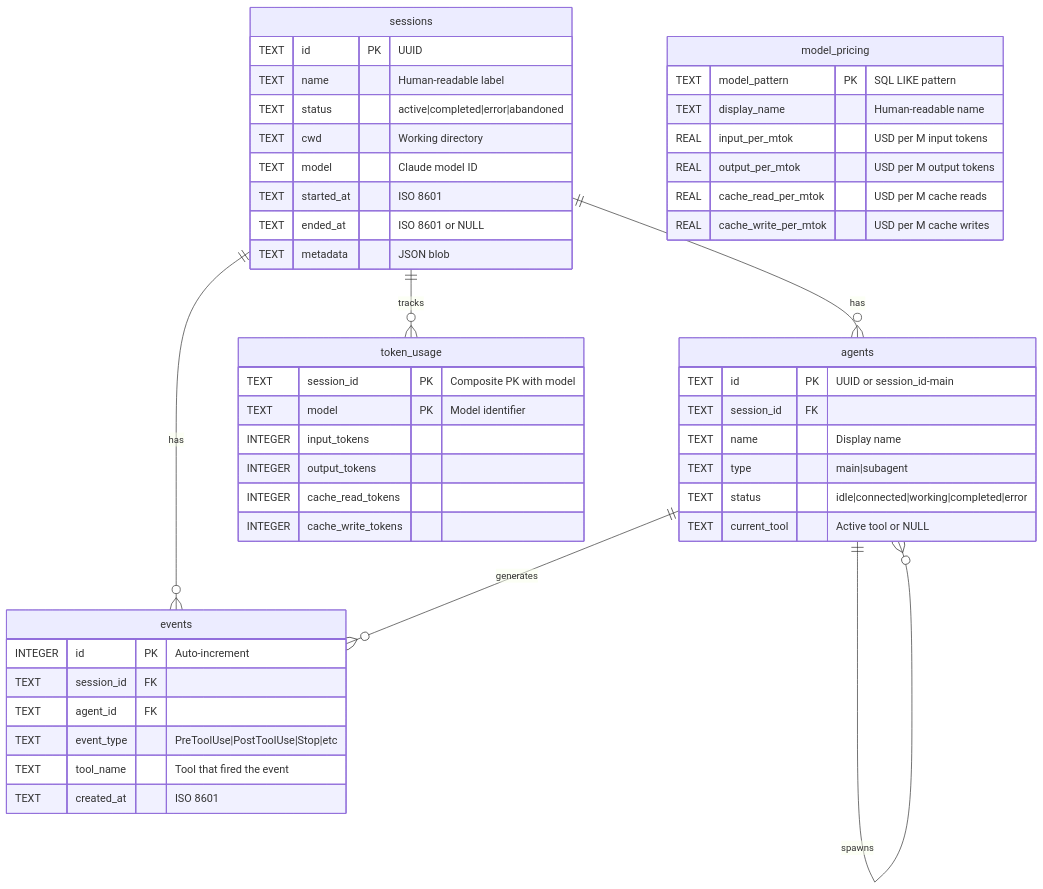
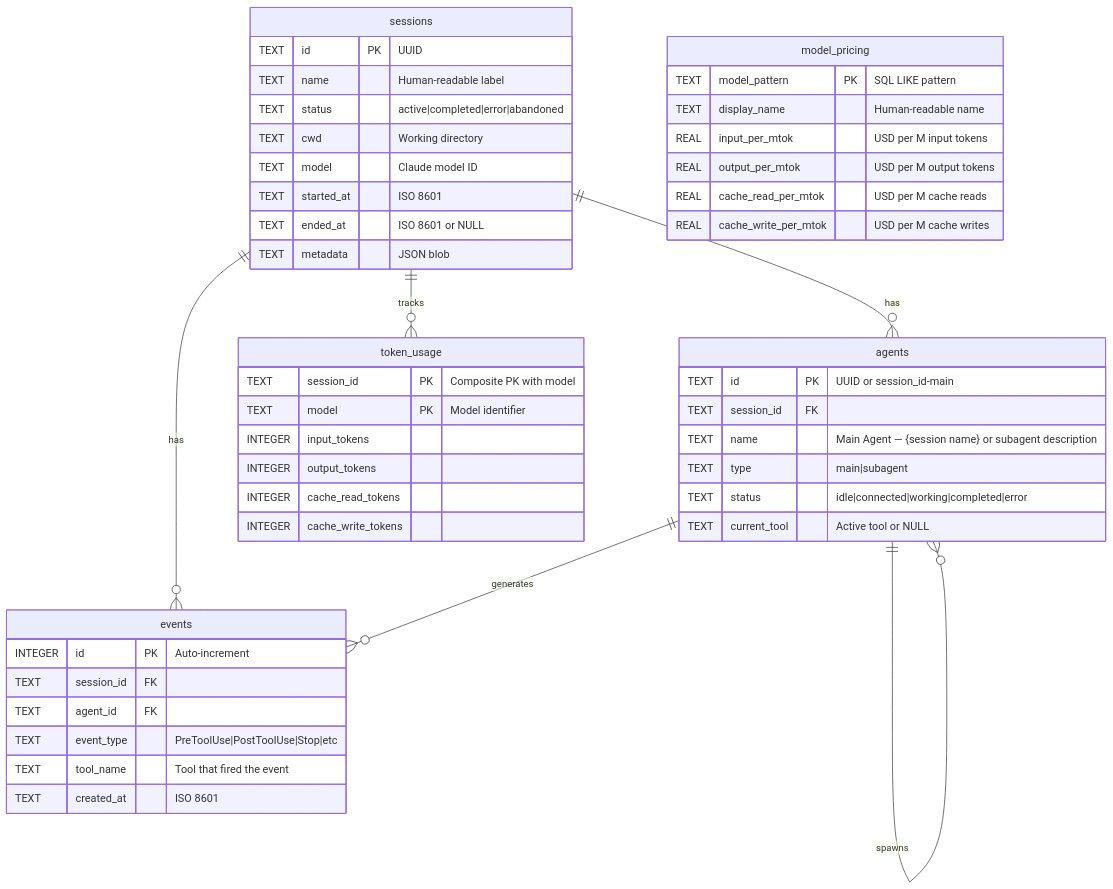
Before and after one commit to mirkanu/gsd-dashboard: the seventh of 11 diagrams in README.md, drawn with Mermaid. The commit also changed other lines of this file and 20 other files, not shown here.

First line of the commit message:
feat: update session handling and agent status on Stop events

````diff
--- a/README.md
+++ b/README.md
@@ -448,55 +458,55 @@
 ```mermaid
 erDiagram
     sessions ||--o{ agents : has
     sessions ||--o{ events : has
     sessions ||--o{ token_usage : tracks
     agents ||--o{ events : generates
     agents ||--o{ agents : spawns
 
     sessions {
         TEXT id PK "UUID"
         TEXT name "Human-readable label"
         TEXT status "active|completed|error|abandoned"
         TEXT cwd "Working directory"
         TEXT model "Claude model ID"
         TEXT started_at "ISO 8601"
         TEXT ended_at "ISO 8601 or NULL"
         TEXT metadata "JSON blob"
     }
 
     agents {
         TEXT id PK "UUID or session_id-main"
         TEXT session_id FK
-        TEXT name "Display name"
+        TEXT name "Main Agent — {session name} or subagent description"
         TEXT type "main|subagent"
         TEXT status "idle|connected|working|completed|error"
         TEXT current_tool "Active tool or NULL"
     }
 
     events {
         INTEGER id PK "Auto-increment"
         TEXT session_id FK
         TEXT agent_id FK
         TEXT event_type "PreToolUse|PostToolUse|Stop|etc"
         TEXT tool_name "Tool that fired the event"
         TEXT created_at "ISO 8601"
     }
 
     token_usage {
         TEXT session_id PK "Composite PK with model"
         TEXT model PK "Model identifier"
         INTEGER input_tokens
         INTEGER output_tokens
         INTEGER cache_read_tokens
         INTEGER cache_write_tokens
     }
 
     model_pricing {
         TEXT model_pattern PK "SQL LIKE pattern"
         TEXT display_name "Human-readable name"
         REAL input_per_mtok "USD per M input tokens"
         REAL output_per_mtok "USD per M output tokens"
         REAL cache_read_per_mtok "USD per M cache reads"
         REAL cache_write_per_mtok "USD per M cache writes"
     }
 ```
````
